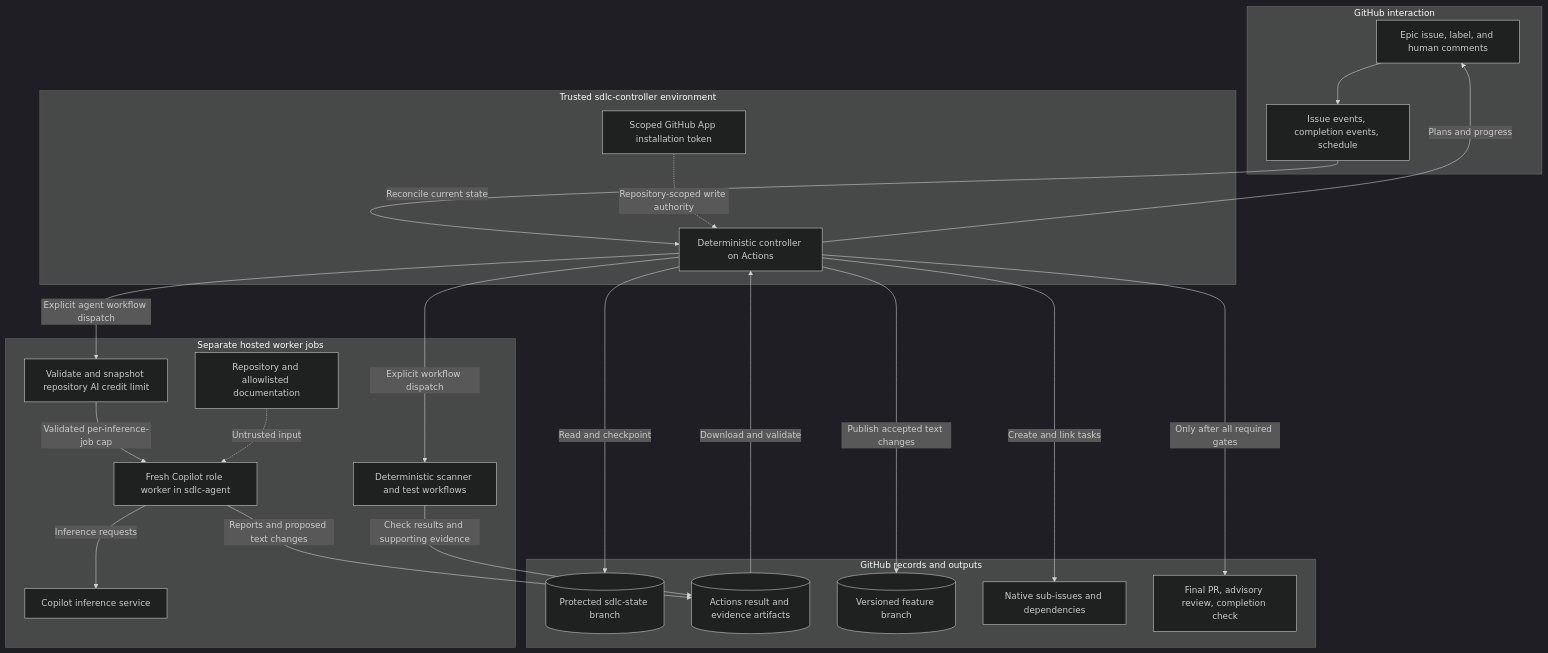
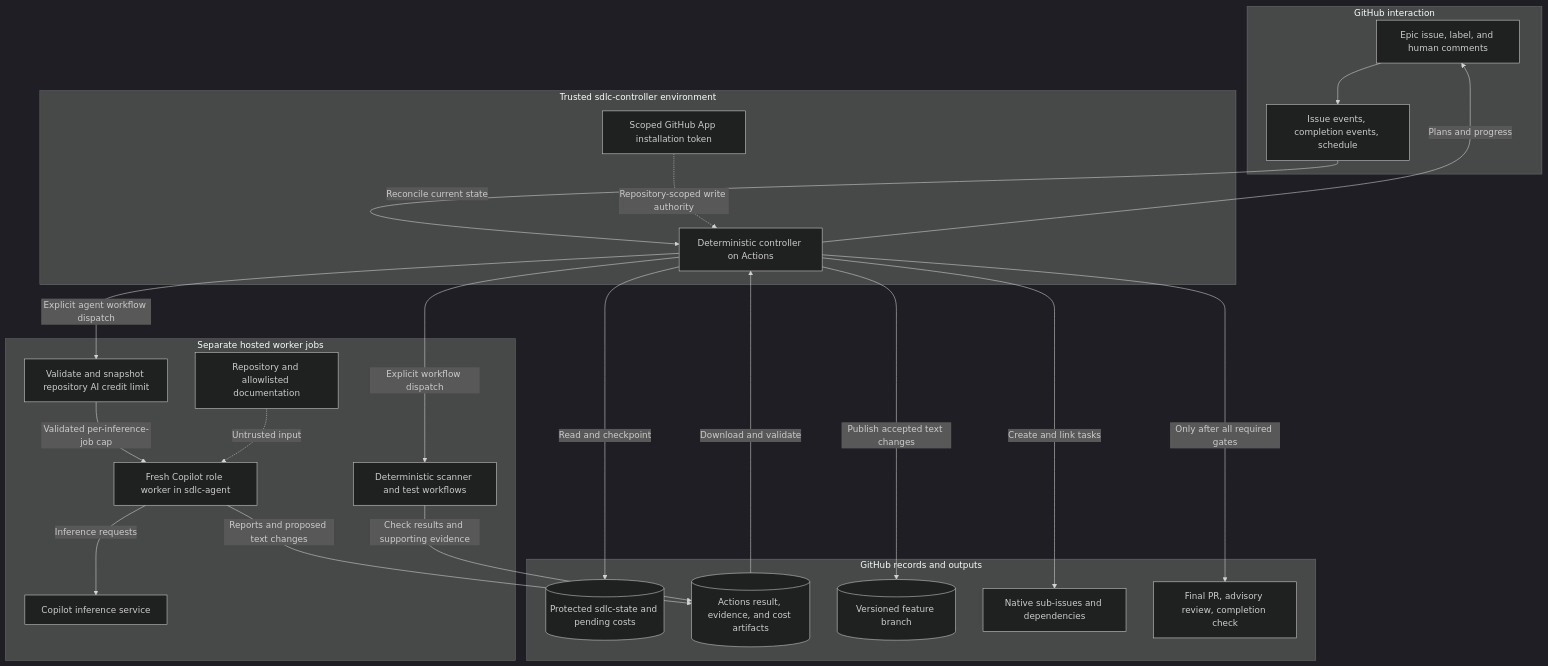
One commit to dav1dc-cs-test-org/agentic-sdlc-prototype changed the first of 7 diagrams in docs/architecture.md. Above: the diagram before and after it, drawn with Mermaid (dark theme). The commit also changed other lines of this file and 12 other files, not shown here.

Commit message:
a variety of bug fixes, 4 to be precise: Fixed unbounded cost-receipt retries, lost costs from cancelled or superseded jobs, missed late receipts, and conflicting Documentation-stage edit instructions.

````diff
--- a/docs/architecture.md
+++ b/docs/architecture.md
@@ -34,41 +34,41 @@
 ```mermaid
 flowchart TD
     subgraph ArchInterface["GitHub interaction"]
         ArchIssue["Epic issue, label, and human comments"]
         ArchEvents["Issue events, completion events, schedule"]
     end
     subgraph ArchControl["Trusted sdlc-controller environment"]
         ArchApp["Scoped GitHub App installation token"]
         ArchController["Deterministic controller on Actions"]
     end
     subgraph ArchExecution["Separate hosted worker jobs"]
       ArchBudget["Validate and snapshot repository AI credit limit"]
         ArchAgent["Fresh Copilot role worker in sdlc-agent"]
         ArchChecks["Deterministic scanner and test workflows"]
         ArchInference["Copilot inference service"]
         ArchContext["Repository and allowlisted documentation"]
     end
     subgraph ArchRecords["GitHub records and outputs"]
-        ArchState[("Protected sdlc-state branch")]
-        ArchArtifacts[("Actions result and evidence artifacts")]
+        ArchState[("Protected sdlc-state and pending costs")]
+        ArchArtifacts[("Actions result, evidence, and cost artifacts")]
         ArchBranch[("Versioned feature branch")]
         ArchTasks["Native sub-issues and dependencies"]
         ArchPR["Final PR, advisory review, completion check"]
     end
     ArchIssue --> ArchEvents
     ArchEvents -->|"Reconcile current state"| ArchController
     ArchApp -.->|"Repository-scoped write authority"| ArchController
     ArchController -->|"Read and checkpoint"| ArchState
     ArchController -->|"Create and link tasks"| ArchTasks
     ArchController -->|"Explicit agent workflow dispatch"| ArchBudget
     ArchBudget -->|"Validated per-inference-job cap"| ArchAgent
     ArchController -->|"Explicit workflow dispatch"| ArchChecks
     ArchAgent -->|"Inference requests"| ArchInference
     ArchContext -.->|"Untrusted input"| ArchAgent
     ArchAgent -->|"Reports and proposed text changes"| ArchArtifacts
     ArchChecks -->|"Check results and supporting evidence"| ArchArtifacts
     ArchArtifacts -->|"Download and validate"| ArchController
     ArchController -->|"Publish accepted text changes"| ArchBranch
     ArchController -->|"Only after all required gates"| ArchPR
     ArchController -->|"Plans and progress"| ArchIssue
 ```
````
